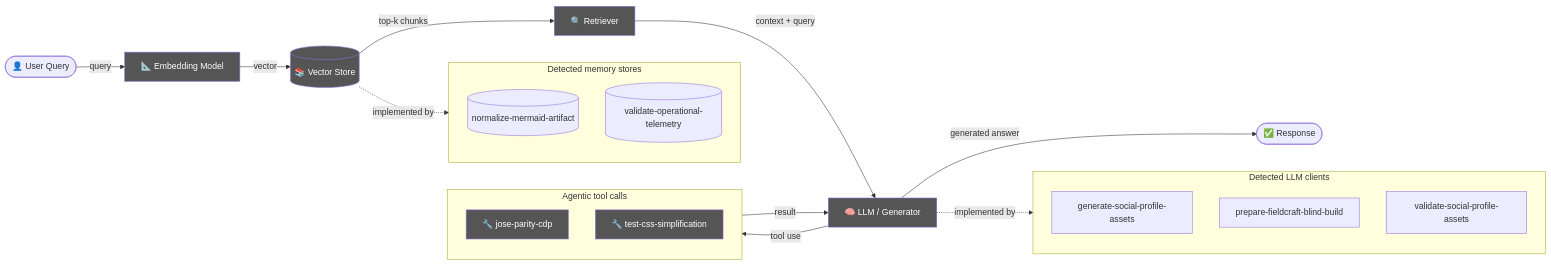
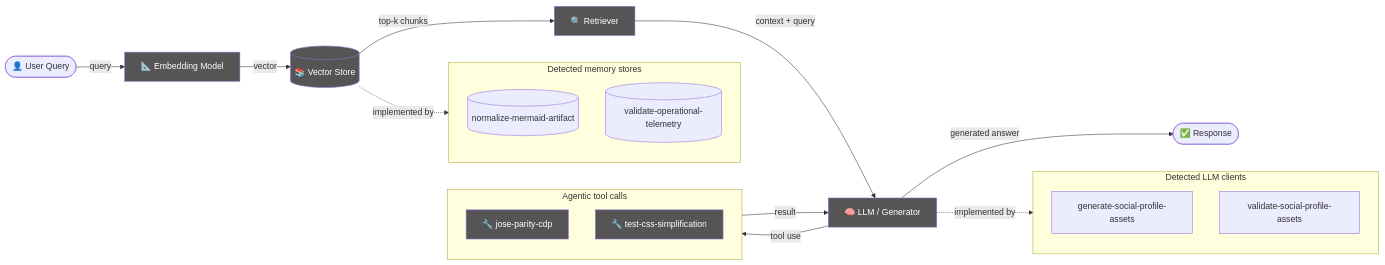
One commit to jscraik/websites changed diagram 11 of 14 in AI/context/diagram-context.md. Above: the diagram before and after it, drawn with Mermaid. The commit also changed other lines of this file and 13 other files, not shown here.

````diff
--- a/AI/context/diagram-context.md
+++ b/AI/context/diagram-context.md
@@ -515,38 +525,37 @@
 ```mermaid
 flowchart LR
   UserQ(["👤 User Query"])
   Embed["📐 Embedding Model"]
   VecDB[("📚 Vector Store")]
   Retriever["🔍 Retriever"]
   LLMNode["🧠 LLM / Generator"]
   Output(["✅ Response"])
   UserQ -->|query| Embed
   Embed -->|vector| VecDB
   VecDB -->|top-k chunks| Retriever
   Retriever -->|context + query| LLMNode
   LLMNode -->|generated answer| Output
   subgraph DetectedMemory["Detected memory stores"]
     det_detectedmemory_normalize_mermaid_artifact_9dba7231[("normalize-mermaid-artifact")]
     det_detectedmemory_validate_operational_telemetry_cb447bde[("validate-operational-telemetry")]
   end
   VecDB -. "implemented by" .-> DetectedMemory
   subgraph DetectedLLM["Detected LLM clients"]
     det_detectedllm_generate_social_profile_assets_f4f94011["generate-social-profile-assets"]
-    det_detectedllm_prepare_fieldcraft_blind_build_8ab85212["prepare-fieldcraft-blind-build"]
     det_detectedllm_validate_social_profile_assets_a023937b["validate-social-profile-assets"]
   end
   LLMNode -. "implemented by" .-> DetectedLLM
   subgraph DetectedTools["Agentic tool calls"]
     det_detectedtools_jose_parity_cdp_bdcde21d["🔧 jose-parity-cdp"]
     det_detectedtools_test_css_simplification_05516724["🔧 test-css-simplification"]
   end
   LLMNode -->|tool use| DetectedTools
   DetectedTools -->|result| LLMNode
   classDef memNode fill:#555,color:#fff
   class VecDB,Retriever memNode
   classDef llmNode fill:#555,color:#fff
   class LLMNode,Embed llmNode
   classDef toolNode fill:#555,color:#fff
   class det_detectedtools_jose_parity_cdp_bdcde21d,det_detectedtools_test_css_simplification_05516724 toolNode
 
 ```
````
